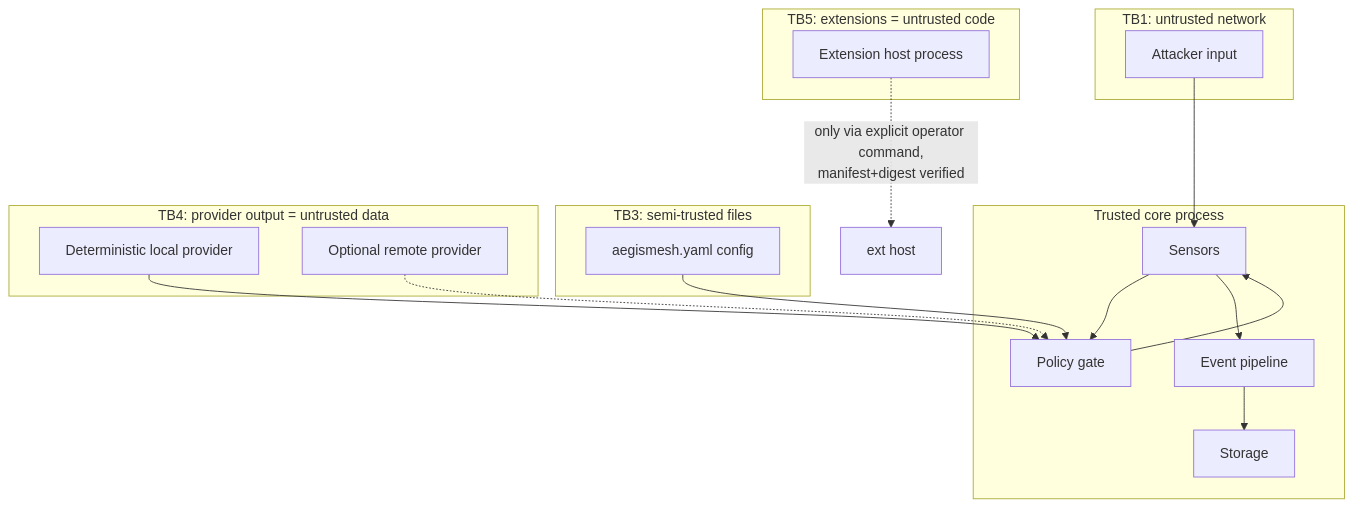
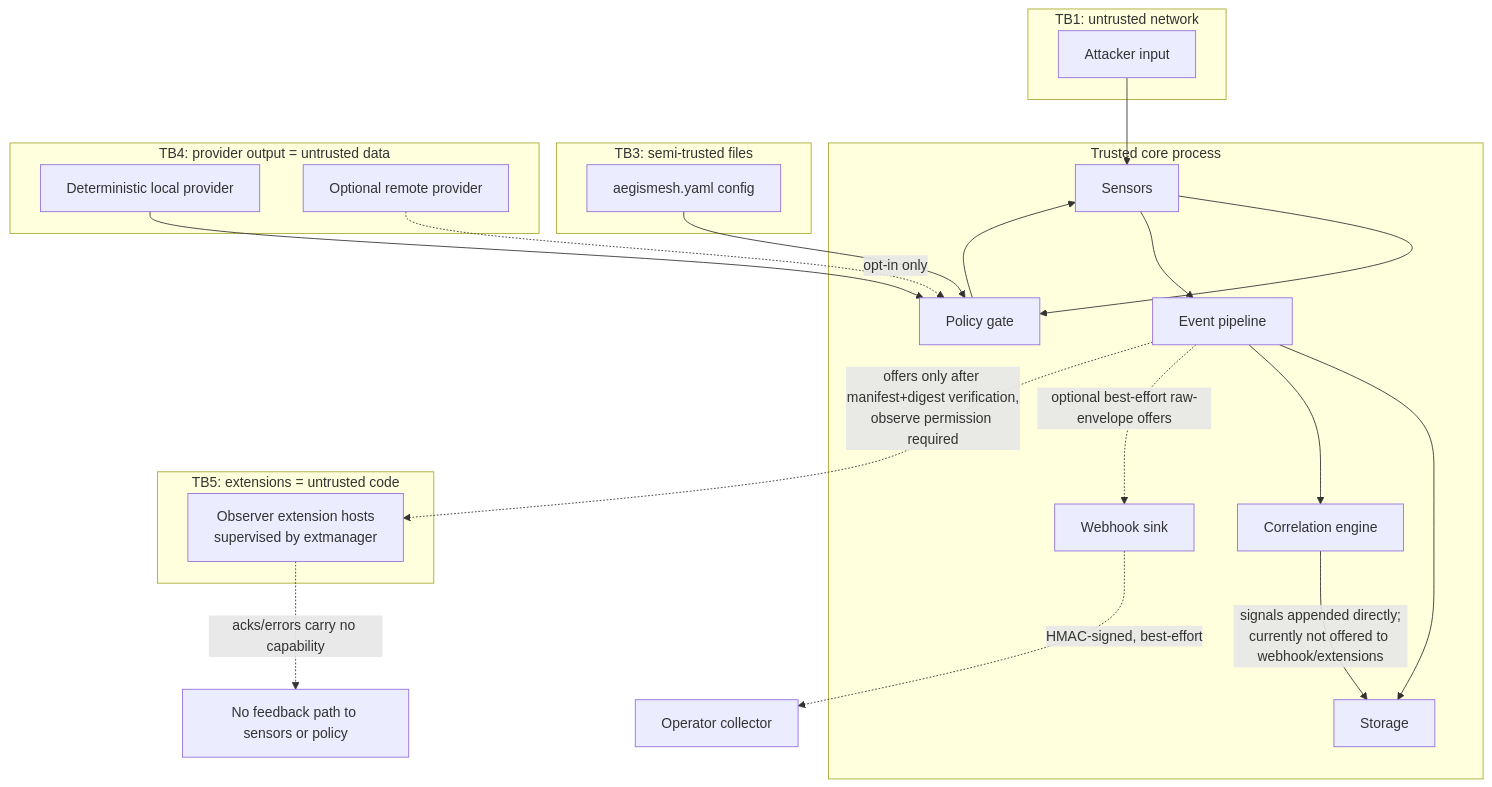
The second of 3 diagrams in docs/architecture/data-flow.md (metaforismo/AegisMesh), drawn with Mermaid before and after one commit. The commit also changed other lines of this file and 1 other file, not shown here.

First line of the commit message:
docs: align roadmap and data flow with shipped runtime

````diff
--- a/docs/architecture/data-flow.md
+++ b/docs/architecture/data-flow.md
@@ -52,31 +77,38 @@
 ```mermaid
 flowchart TB
     subgraph TB1["TB1: untrusted network"]
         X[Attacker input]
     end
     subgraph CORE["Trusted core process"]
-        S[Sensors] 
+        S[Sensors]
         POL[Policy gate]
         EV[Event pipeline]
+        COR[Correlation engine]
+        WEB[Webhook sink]
         ST[Storage]
     end
     subgraph TB3["TB3: semi-trusted files"]
         CF[aegismesh.yaml config]
     end
     subgraph TB4["TB4: provider output = untrusted data"]
         LP[Deterministic local provider]
         RP[Optional remote provider]
     end
     subgraph TB5["TB5: extensions = untrusted code"]
-        EH[Extension host process]
+        EH[Observer extension hosts\nsupervised by extmanager]
     end
     X --> S
     CF --> POL
     S --> POL
     LP --> POL
-    RP -.-> POL
+    RP -.->|opt-in only| POL
     S --> EV
     POL --> S
     EV --> ST
-    EH -.->|"only via explicit operator command,\nmanifest+digest verified"| EXT[ext host]
+    EV --> COR
+    EV -.->|"optional best-effort raw-envelope offers"| WEB
+    COR -->|"signals appended directly;\ncurrently not offered to webhook/extensions"| ST
+    EV -.->|"offers only after manifest+digest verification,\nobserve permission required"| EH
+    EH -.->|"acks/errors carry no capability"| NFB[No feedback path to sensors or policy]
+    WEB -.->|"HMAC-signed, best-effort"| COL[Operator collector]
 ```
````
